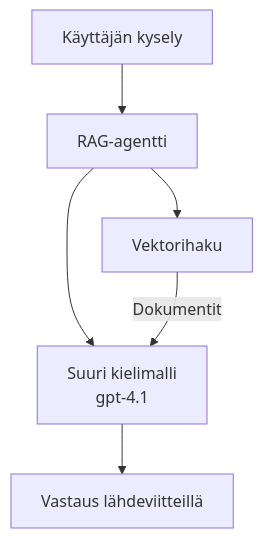
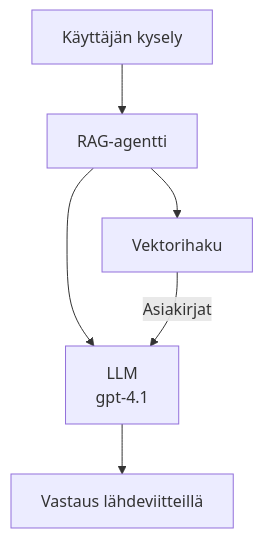
The second of 3 diagrams in translations/fi/docs/chapter-02-ai-development/agents.md (microsoft/AZD-for-beginners), drawn with Mermaid before and after one commit. The commit also changed other lines of this file and 104 other files, not shown here.

````diff
--- a/translations/fi/docs/chapter-02-ai-development/agents.md
+++ b/translations/fi/docs/chapter-02-ai-development/agents.md
@@ -175,8 +181,8 @@
 ```mermaid
 graph TD
     Query[Käyttäjän kysely] --> RAG[RAG-agentti]
     RAG --> Vector[Vektorihaku]
-    RAG --> LLM[Suuri kielimalli<br/>gpt-4.1]
-    Vector -- Dokumentit --> LLM
+    RAG --> LLM[LLM<br/>gpt-4.1]
+    Vector -- Asiakirjat --> LLM
     LLM --> Response[Vastaus lähdeviitteillä]
 ```
````
